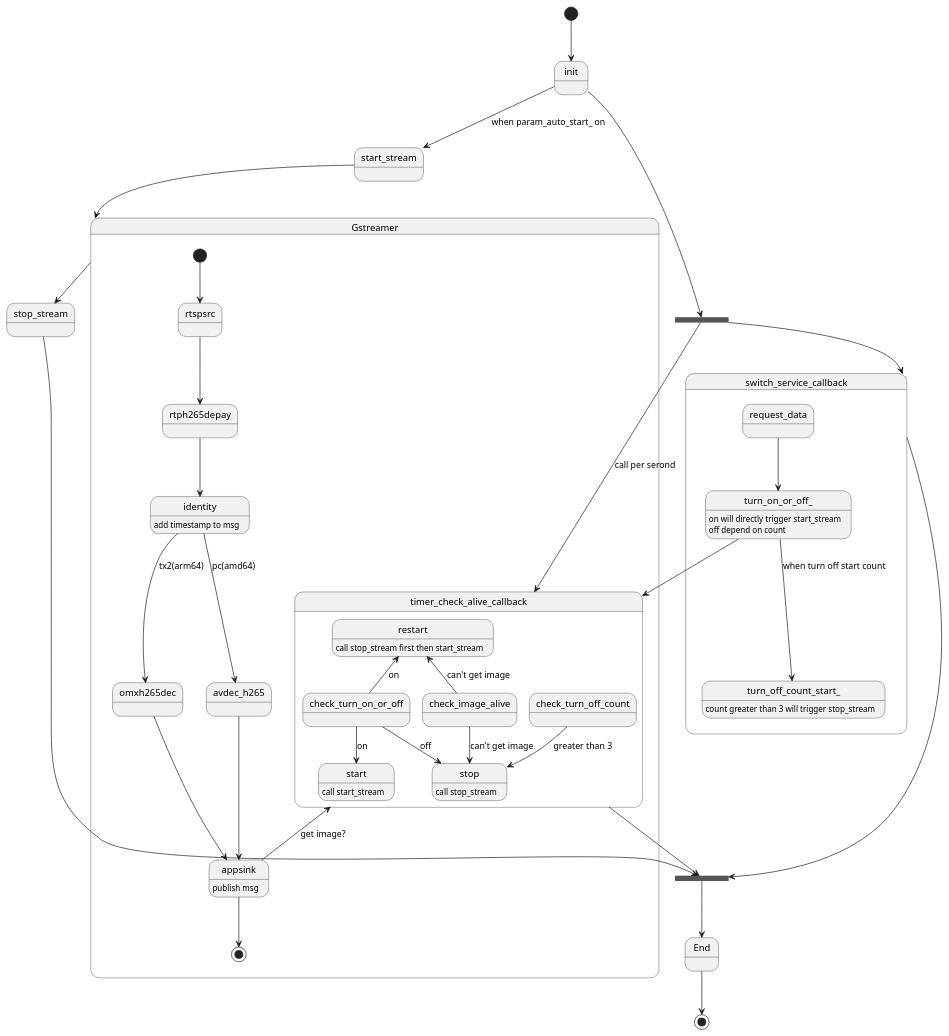
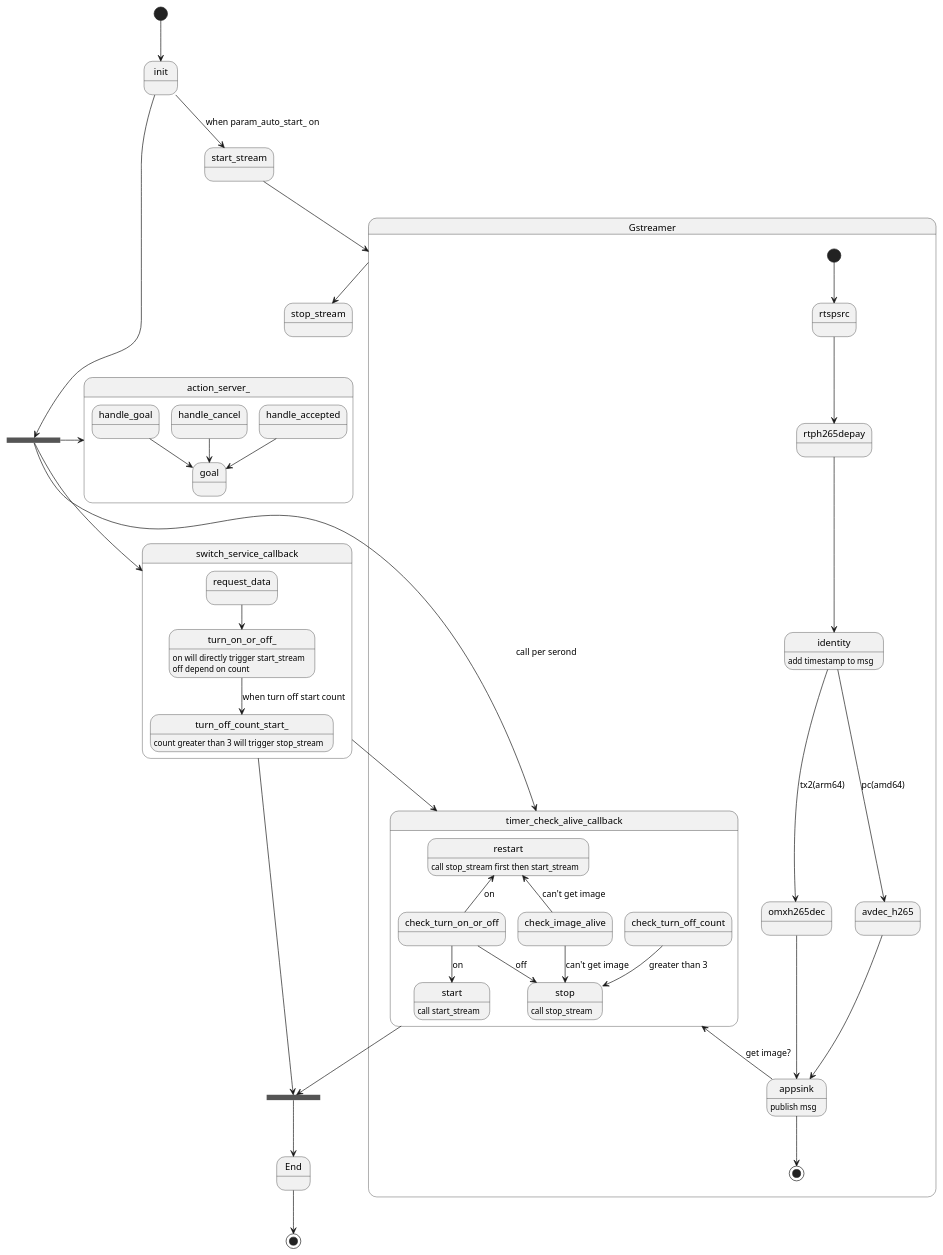
The diagram in design/rtsp.wsd (llllIIIIllll/deepstream-test), drawn with PlantUML before and after one commit.

Commit message:
start for action_server TODO:complete it

```diff
--- a/design/rtsp.wsd
+++ b/design/rtsp.wsd
@@ -1,56 +1,63 @@
 @startuml
 
 [*] --> init
 
 init --> start_stream: when param_auto_start_ on
 
 state fork_state <<fork>>
 init --> fork_state
 start_stream --> Gstreamer
 state Gstreamer {
     [*]          --> rtspsrc
     rtspsrc      --> rtph265depay
     rtph265depay --> identity
     identity: add timestamp to msg
     identity     --> omxh265dec: tx2(arm64)
     identity     --> avdec_h265: pc(amd64)
     omxh265dec   --> appsink
     avdec_h265   --> appsink
     appsink: publish msg
     appsink      -up-> timer_check_alive_callback: get image?
     appsink      --> [*]
 }
 
-Gstreamer -down-> stop_stream
+Gstreamer --> stop_stream
 
 fork_state --> switch_service_callback
 
 state switch_service_callback {
     request_data    --> turn_on_or_off_
     turn_on_or_off_ --> turn_off_count_start_: when turn off start count 
-    turn_on_or_off_ --> timer_check_alive_callback
     turn_on_or_off_ : on will directly trigger start_stream\noff depend on count 
     turn_off_count_start_: count greater than 3 will trigger stop_stream
 }
+switch_service_callback --> timer_check_alive_callback
 
 fork_state --> timer_check_alive_callback: call per serond
 state timer_check_alive_callback {
     check_turn_on_or_off --> stop: off
     check_turn_off_count --> stop: greater than 3
     check_image_alive    --> stop: can't get image
     check_turn_on_or_off --> start: on
     check_image_alive    -up-> restart: can't get image
     check_turn_on_or_off -up-> restart: on
     stop: call stop_stream
     start: call start_stream
     restart: call stop_stream first then start_stream
 }
 
+fork_state -right-> action_server_
+state action_server_ {
+    handle_goal     --> goal
+    handle_cancel   --> goal
+    handle_accepted --> goal
+} 
+
+
 state join_state <<join>>
-stop_stream                --> join_state
 switch_service_callback    --> join_state
 timer_check_alive_callback --> join_state
 join_state                 --> End
 End                     --> [*]
 
 @enduml
```
